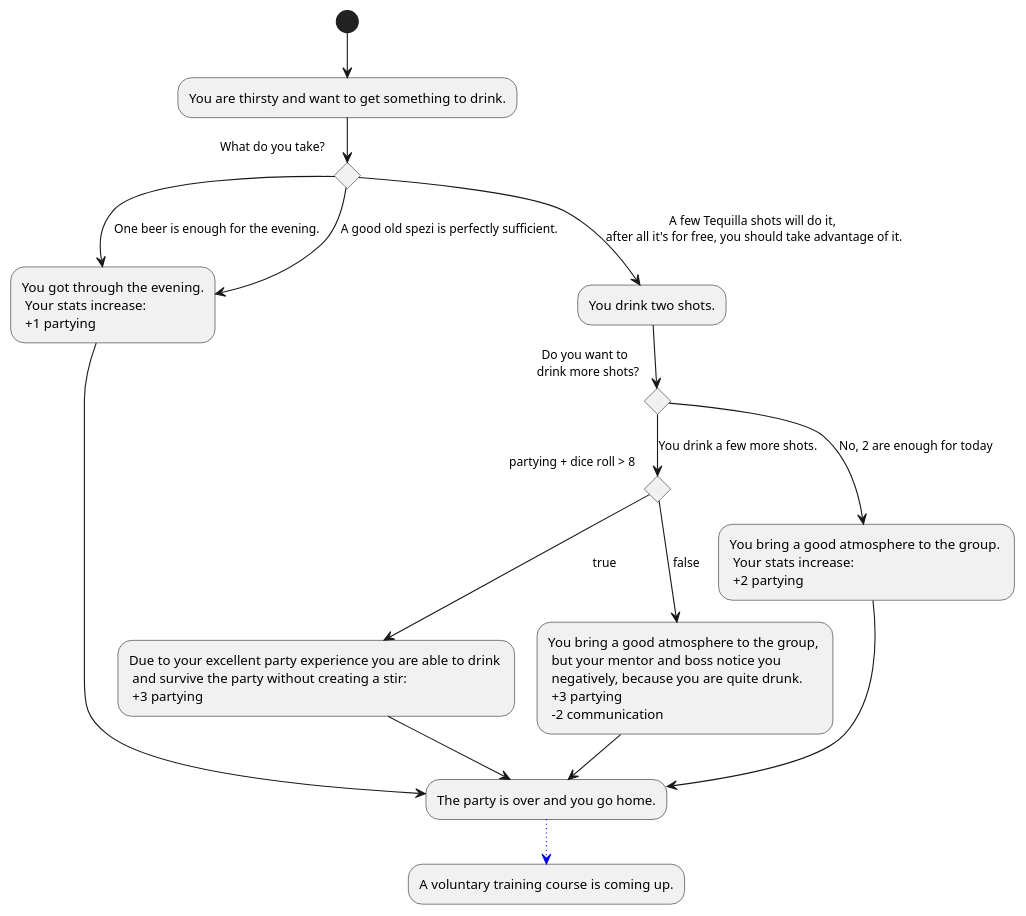
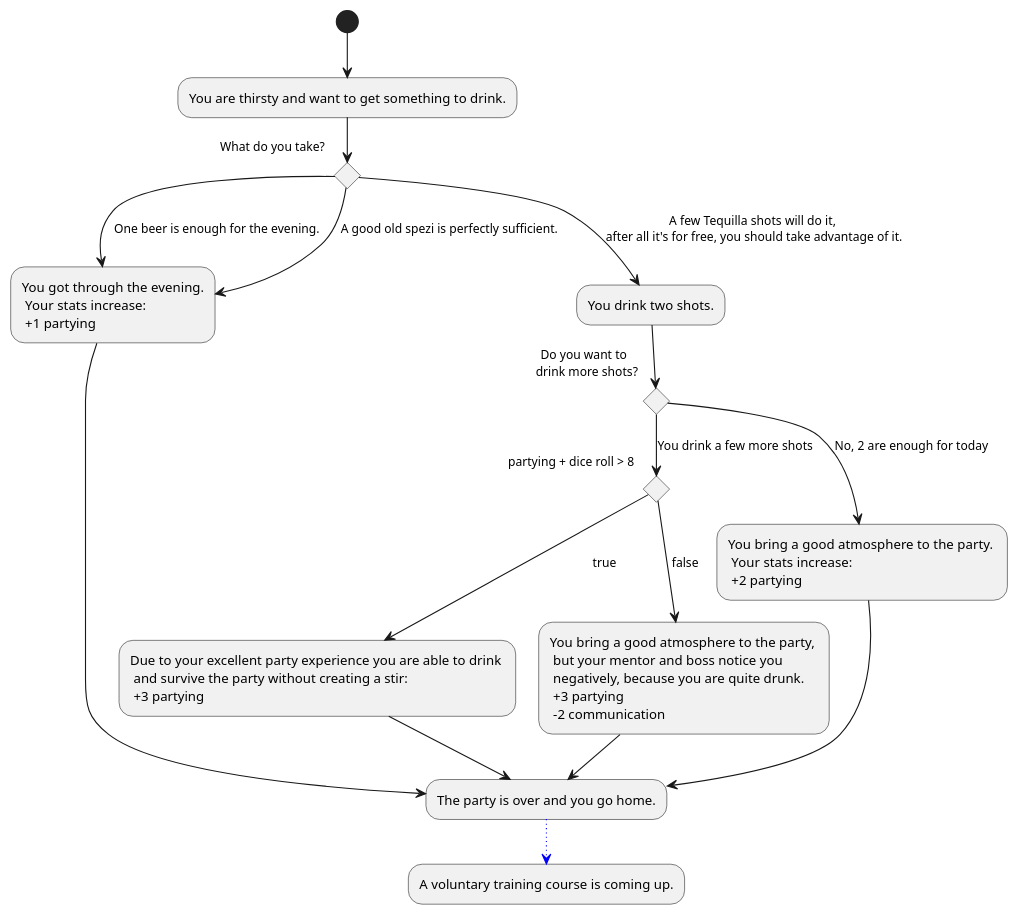
One commit to Brotenko/QualityQuest changed the diagram in Docs/Technical Specifications/docs/diagrams/StoryFlow/StoryFlow_Decision_8.puml. Above: the diagram before and after it, drawn with PlantUML. The commit also changed 6 other files, not shown here.

Commit message:
A few more requested changes.

```diff
--- a/Docs/Technical Specifications/docs/diagrams/StoryFlow/StoryFlow_Decision_8.puml
+++ b/Docs/Technical Specifications/docs/diagrams/StoryFlow/StoryFlow_Decision_8.puml
@@ -1,24 +1,24 @@
 @startuml
 (*) --> "You are thirsty and want to get something to drink."
 if "What do you take?" then 
 --> [One beer is enough for the evening.] "You got through the evening.\n Your stats increase:\n +1 partying" as lightParty
 else 
 --> [A good old spezi is perfectly sufficient.] lightParty
 else 
 -->[A few Tequilla shots will do it, \nafter all it's for free, you should take advantage of it.]"You drink two shots."
 if "Do you want to \n drink more shots?" then 
---> [You drink a few more shots.] if "partying + dice roll > 8" as drink then 
+--> [You drink a few more shots] if "partying + dice roll > 8" as drink then 
 --> [true] "Due to your excellent party experience you are able to drink \n and survive the party without creating a stir: \n +3 partying" as goodEnd
 else 
---> [false] "You bring a good atmosphere to the group, \n but your mentor and boss notice you \n negatively, because you are quite drunk.\n +3 partying \n -2 communication" as heavydrunk
+--> [false] "You bring a good atmosphere to the party, \n but your mentor and boss notice you \n negatively, because you are quite drunk.\n +3 partying \n -2 communication" as heavydrunk
 endif
 else 
---> [No, 2 are enough for today] "You bring a good atmosphere to the group. \n Your stats increase:\n +2 partying"
+--> [No, 2 are enough for today] "You bring a good atmosphere to the party. \n Your stats increase:\n +2 partying"
 endif
 --> "The party is over and you go home." as home
 heavydrunk --> home
 lightParty --> home
 goodEnd --> home
 -[#blue,dotted]-> "A voluntary training course is coming up."
 
 @enduml
```
